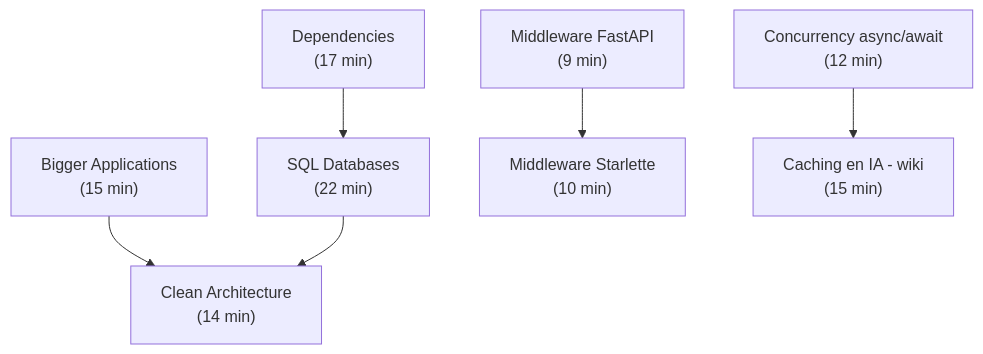
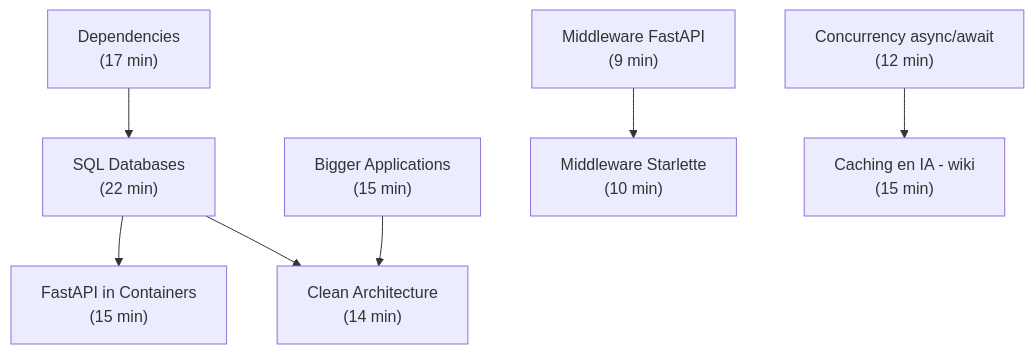
One commit to Luc5k4yw4lk3r/AIE-Bootcamp changed the fourth of 4 diagrams in Temas/M07·S04 - Componentes avanzados de FastAPI y separación en capas.md. Above: the diagram before and after it, drawn with Mermaid. The commit also changed other lines of this file and 5 other files, not shown here.

````diff
--- a/Temas/M07·S04 - Componentes avanzados de FastAPI y separación en capas.md
+++ b/Temas/M07·S04 - Componentes avanzados de FastAPI y separación en capas.md
@@ -608,8 +1136,9 @@
 ```mermaid
 flowchart TD
     A1["Dependencies<br/>(17 min)"] --> A2["SQL Databases<br/>(22 min)"]
+    A2 --> A5["FastAPI in Containers<br/>(15 min)"]
     A3["Bigger Applications<br/>(15 min)"] --> A4["Clean Architecture<br/>(14 min)"]
     A2 --> A4
     B1["Middleware FastAPI<br/>(9 min)"] --> B2["Middleware Starlette<br/>(10 min)"]
     C1["Concurrency async/await<br/>(12 min)"] --> C2["Caching en IA - wiki<br/>(15 min)"]
 ```
````
